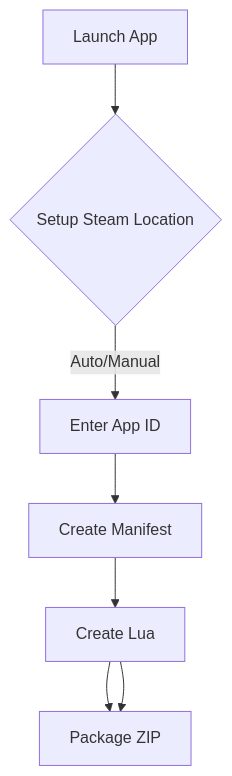
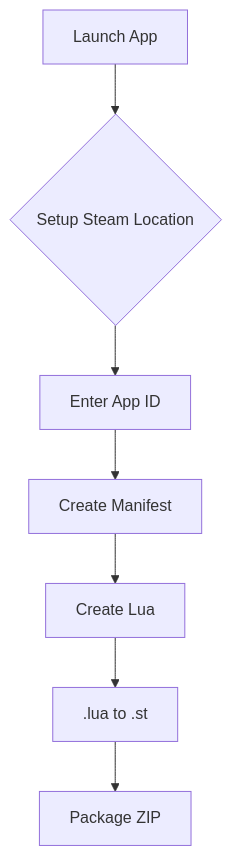
Before and after one commit to toxichome-whoami/manifest_dumper_release: the diagram in README.md, drawn with Mermaid.

````diff
--- a/README.md
+++ b/README.md
@@ -42,9 +42,9 @@
 ```mermaid
 graph TD
     A[Launch App] --> B{Setup Steam Location}
-    B -->|Auto/Manual| C[Enter App ID]
+    B --> C[Enter App ID]
     C --> D[Create Manifest]
     D --> E[Create Lua]
     E --> F[.lua to .st]
-    E --> F[Package ZIP]
+    F --> G[Package ZIP]
 ```
````
